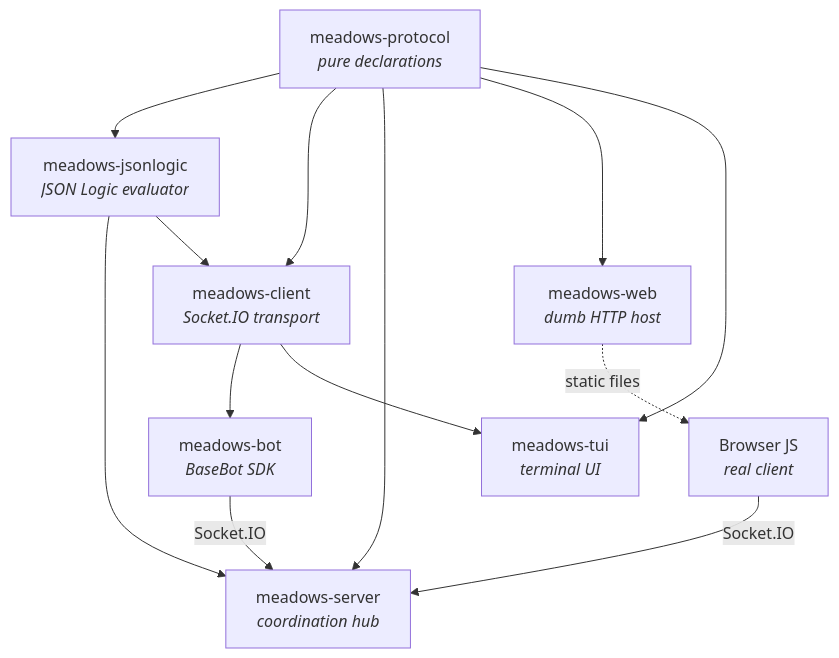
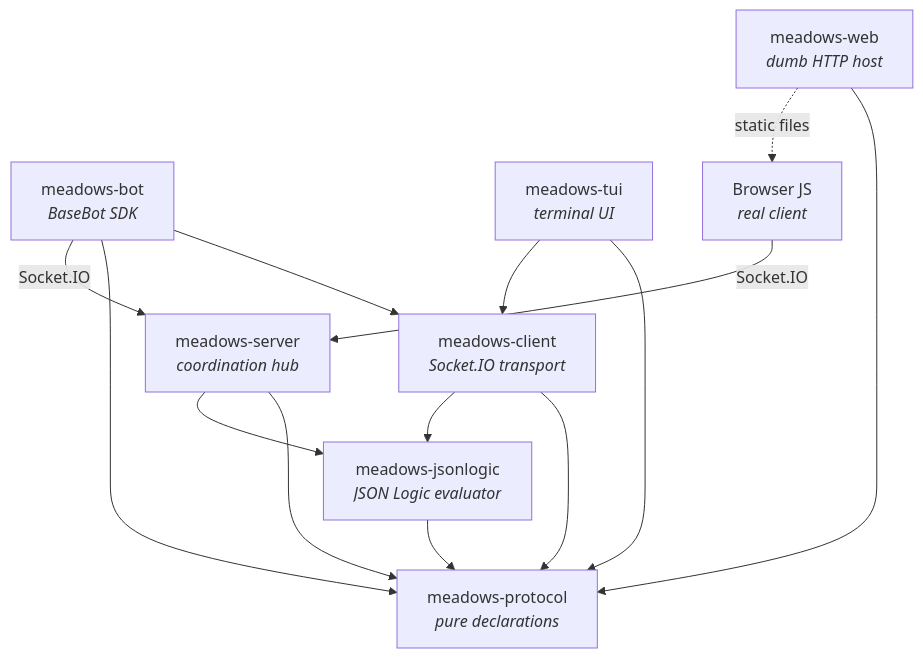
The diagram in docs/docs/index.md (remcoboerma/meadows-docs), drawn with Mermaid before and after one commit. The commit also changed other lines of this file and 6 other files, not shown here.

````diff
--- a/docs/docs/index.md
+++ b/docs/docs/index.md
@@ -26,24 +26,25 @@
 ```mermaid
 graph TD
-    P[meadows-protocol<br><i>pure declarations</i>]
     J[meadows-jsonlogic<br><i>JSON Logic evaluator</i>]
     C[meadows-client<br><i>Socket.IO transport</i>]
     B[meadows-bot<br><i>BaseBot SDK</i>]
     S[meadows-server<br><i>coordination hub</i>]
     W[meadows-web<br><i>dumb HTTP host</i>]
     T[meadows-tui<br><i>terminal UI</i>]
+    P[meadows-protocol<br><i>pure declarations</i>]
     Browser[Browser JS<br><i>real client</i>]
 
-    P --> J
-    P --> C
-    P --> S
-    P --> W
-    P --> T
-    J --> S
-    J --> C
-    C --> B
-    C --> T
+    J --> P
+    C --> P
+    C --> J
+    S --> P
+    S --> J
+    W --> P
+    T --> P
+    T --> C
+    B --> C
+    B --> P
     W -.->|static files| Browser
     Browser -->|Socket.IO| S
     B -->|Socket.IO| S
 ```
````
